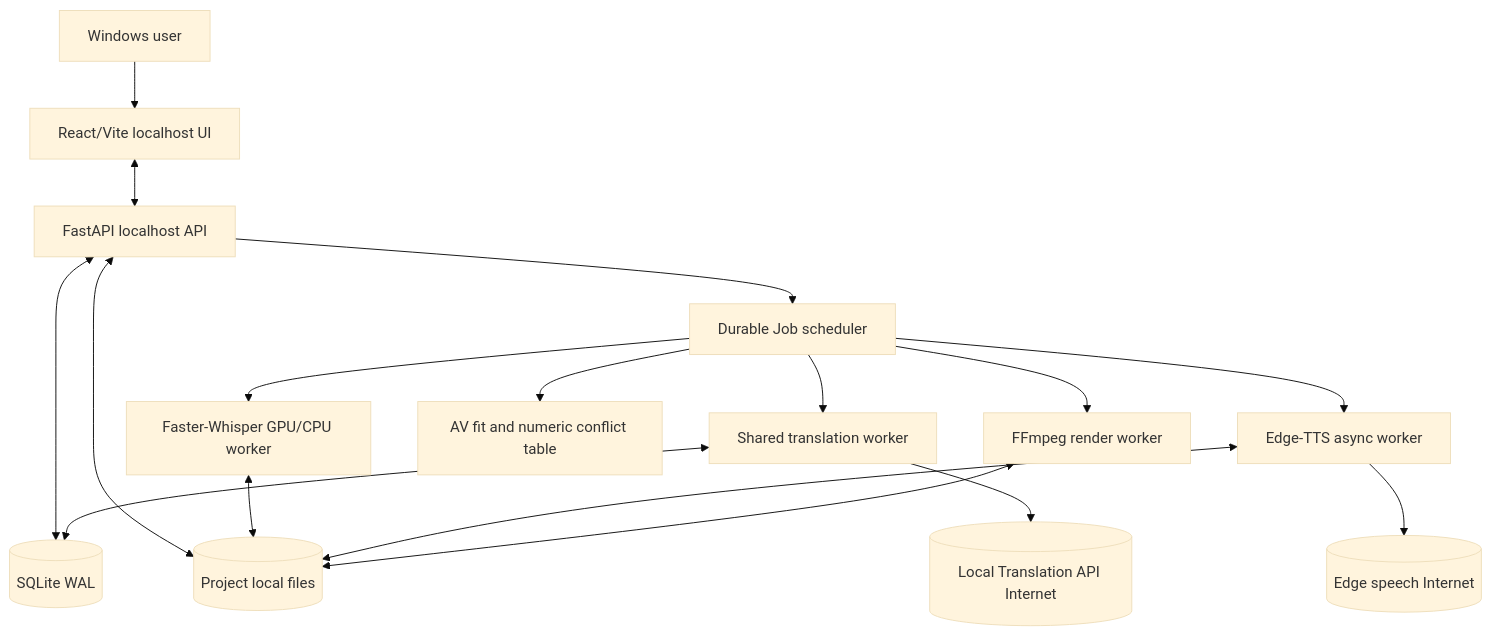
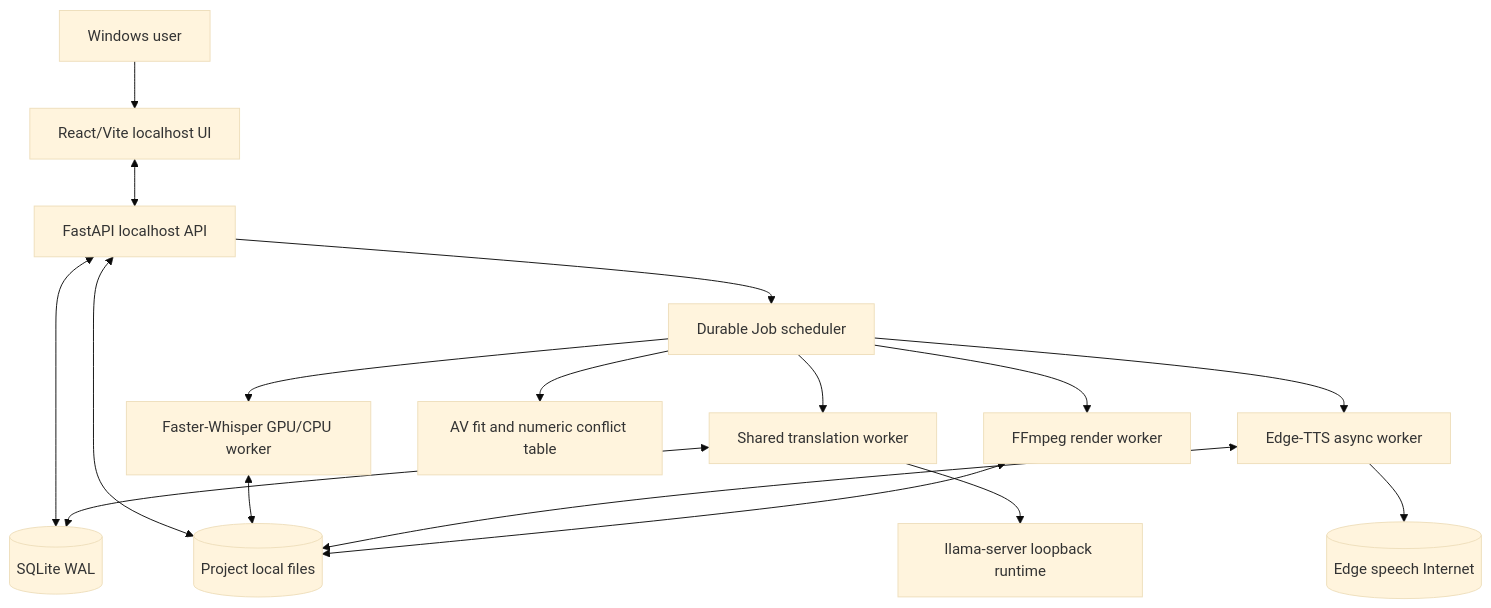
The first of 2 diagrams in docs/02_SYSTEM_ARCHITECTURE.md (hochausy05/AutoDub-Local), drawn with Mermaid (base theme) before and after one commit. The commit also changed other lines of this file and 31 other files, not shown here.

Commit message:
LOCAL-01B — Xác thực Local Translation trên model Windows thật (owner acceptance pending)

````diff
--- a/docs/02_SYSTEM_ARCHITECTURE.md
+++ b/docs/02_SYSTEM_ARCHITECTURE.md
@@ -9,19 +9,19 @@
 ```mermaid
 flowchart TD
   U[Windows user] --> UI[React/Vite localhost UI]
   UI <--> API[FastAPI localhost API]
   API <--> DB[(SQLite WAL)]
   API <--> FS[(Project local files)]
   API --> Q[Durable Job scheduler]
   Q --> ASR[Faster-Whisper GPU/CPU worker]
   Q --> TR[Shared translation worker]
   Q --> TTS[Edge-TTS async worker]
   Q --> SYNC[AV fit and numeric conflict table]
   Q --> REN[FFmpeg render worker]
   ASR <--> FS
   TR <--> DB
   TTS <--> FS
   REN <--> FS
-  TR --> GEMINI[(Local Translation API Internet)]
+  TR --> LLAMA[llama-server loopback runtime]
   TTS --> EDGE[(Edge speech Internet)]
 ```
````
